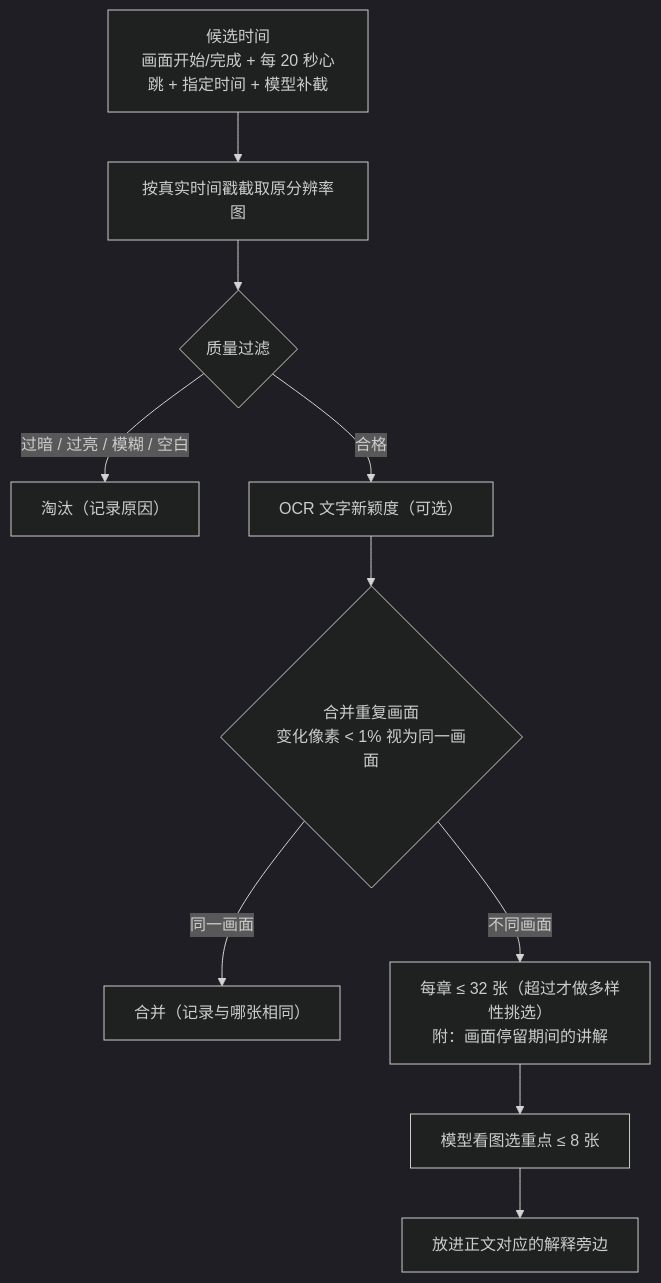
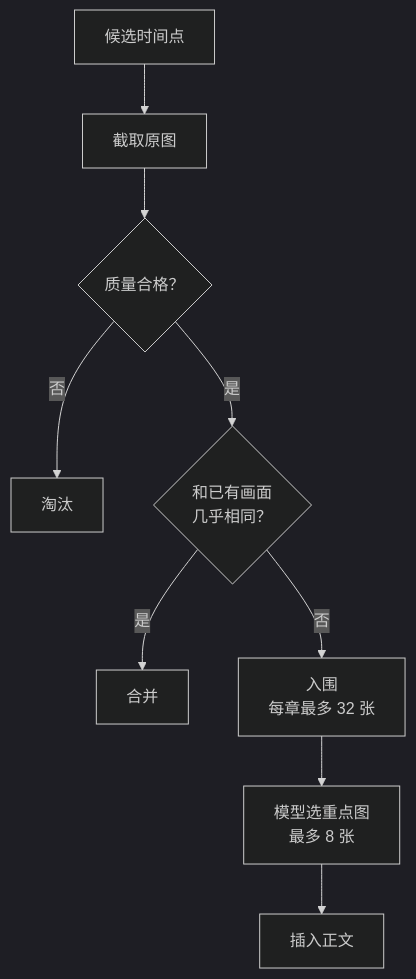
Before and after one commit to songyang8964/video-notes: the sixth of 7 diagrams in README.md, drawn with Mermaid (dark theme). The commit also changed other lines of this file and 2 other files, not shown here.

Commit message:
README: usage first, short diagram labels, timeline as a table

````diff
--- a/README.md
+++ b/README.md
@@ -198,12 +416,11 @@
 ```mermaid
 flowchart TD
-    A["候选时间<br/>画面开始/完成 + 每 20 秒心跳 + 指定时间 + 模型补截"] --> B["按真实时间戳截取原分辨率图"]
-    B --> Q{"质量过滤"}
-    Q -- 过暗 / 过亮 / 模糊 / 空白 --> R1["淘汰（记录原因）"]
-    Q -- 合格 --> O["OCR 文字新颖度（可选）"]
-    O --> D{"合并重复画面<br/>变化像素 < 1% 视为同一画面"}
-    D -- 同一画面 --> R2["合并（记录与哪张相同）"]
-    D -- 不同画面 --> SH["每章 ≤ 32 张（超过才做多样性挑选）<br/>附：画面停留期间的讲解"]
-    SH --> M["模型看图选重点 ≤ 8 张"]
-    M --> N["放进正文对应的解释旁边"]
+    A["候选时间点"] --> B["截取原图"]
+    B --> Q{"质量合格？"}
+    Q -- 否 --> R1["淘汰"]
+    Q -- 是 --> D{"和已有画面<br/>几乎相同？"}
+    D -- 是 --> R2["合并"]
+    D -- 否 --> SH["入围<br/>每章最多 32 张"]
+    SH --> M["模型选重点图<br/>最多 8 张"]
+    M --> N["插入正文"]
 ```
````
